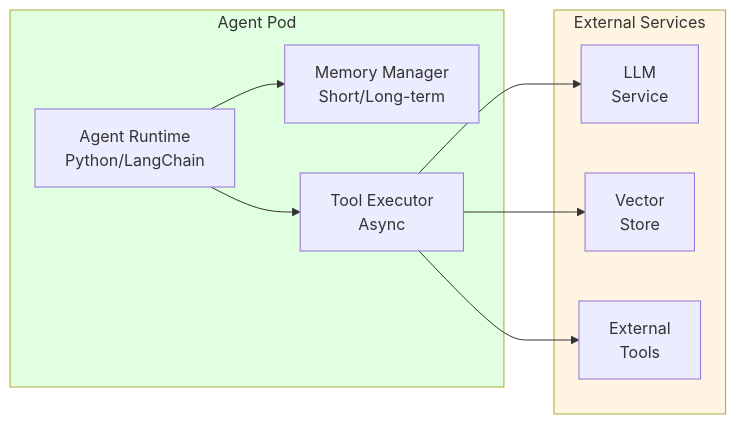
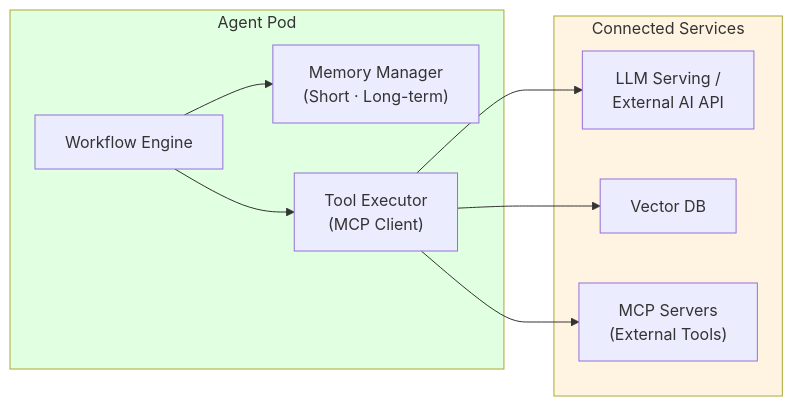
The second of 5 diagrams in i18n/en/docusaurus-plugin-content-docs/current/agentic-ai-platform/design-architecture/agentic-platform-architecture.md (devfloor9/engineering-playbook), drawn with Mermaid before and after one commit. The commit also changed other lines of this file and 23 other files, not shown here.

````diff
--- a/i18n/en/docusaurus-plugin-content-docs/current/agentic-ai-platform/design-architecture/agentic-platform-architecture.md
+++ b/i18n/en/docusaurus-plugin-content-docs/current/agentic-ai-platform/design-architecture/agentic-platform-architecture.md
@@ -148,23 +115,23 @@
 ```mermaid
 flowchart LR
     subgraph AgentPod["Agent Pod"]
-        RUNTIME["Agent Runtime<br/>Python/LangChain"]
-        MEMORY["Memory Manager<br/>Short/Long-term"]
-        EXECUTOR["Tool Executor<br/>Async"]
+        RUNTIME["Workflow Engine"]
+        MEMORY["Memory Manager<br/>(Short · Long-term)"]
+        EXECUTOR["Tool Executor<br/>(MCP Client)"]
     end
 
-    subgraph External["External Services"]
-        LLM["LLM<br/>Service"]
-        VECTOR["Vector<br/>Store"]
-        TOOLS["External<br/>Tools"]
+    subgraph Services["Connected Services"]
+        LLM["LLM Serving /<br/>External AI API"]
+        VECTOR["Vector DB"]
+        MCP_TOOLS["MCP Servers<br/>(External Tools)"]
     end
 
     RUNTIME --> MEMORY
     RUNTIME --> EXECUTOR
     EXECUTOR --> LLM
     EXECUTOR --> VECTOR
-    EXECUTOR --> TOOLS
+    EXECUTOR --> MCP_TOOLS
 
     style AgentPod fill:#e1ffe1
-    style External fill:#fff4e1
+    style Services fill:#fff4e1
 ```
````
